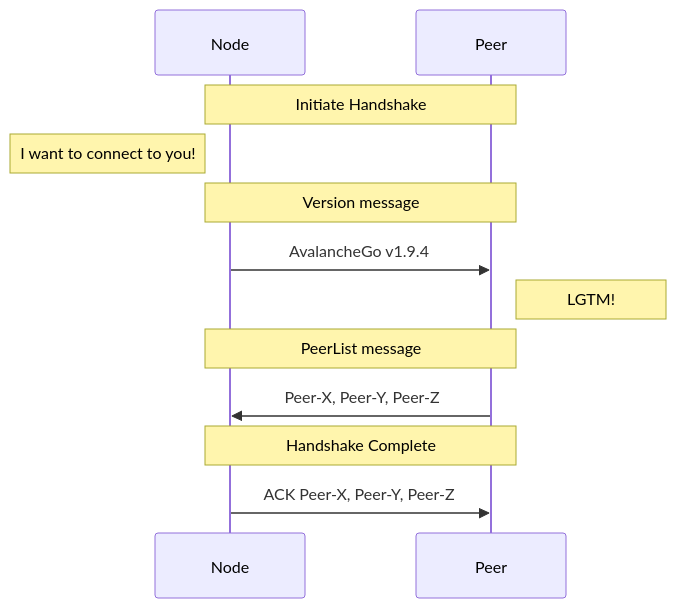
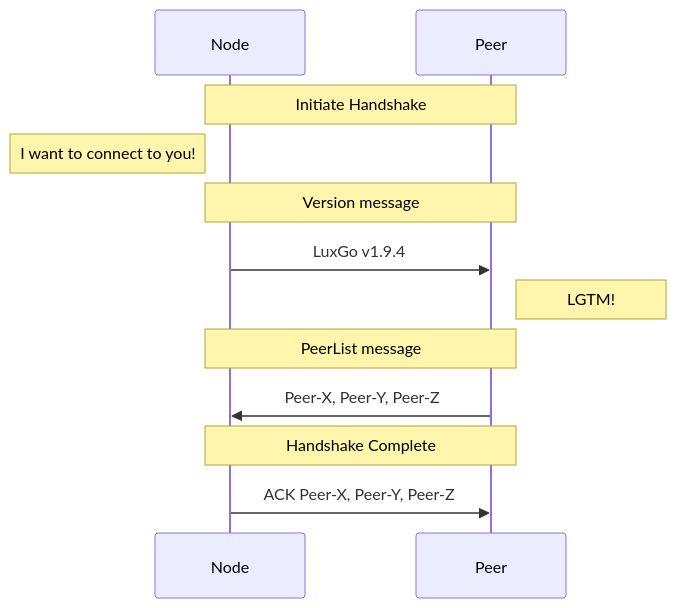
One commit to luxfi/node changed the third of 5 diagrams in network/README.md. Above: the diagram before and after it, drawn with Mermaid. The commit also changed other lines of this file and 297 other files, not shown here.

````diff
--- a/network/README.md
+++ b/network/README.md
@@ -72,12 +72,12 @@
 ```mermaid
 sequenceDiagram
 Note over Node,Peer: Initiate Handshake
 Note left of Node: I want to connect to you!
 Note over Node,Peer: Version message
-Node->>Peer: AvalancheGo v1.9.4
+Node->>Peer: LuxGo v1.9.4
 Note right of Peer: LGTM!
 Note over Node,Peer: PeerList message
 Peer->>Node: Peer-X, Peer-Y, Peer-Z
 Note over Node,Peer: Handshake Complete
 Node->>Peer: ACK Peer-X, Peer-Y, Peer-Z
 ```
````
